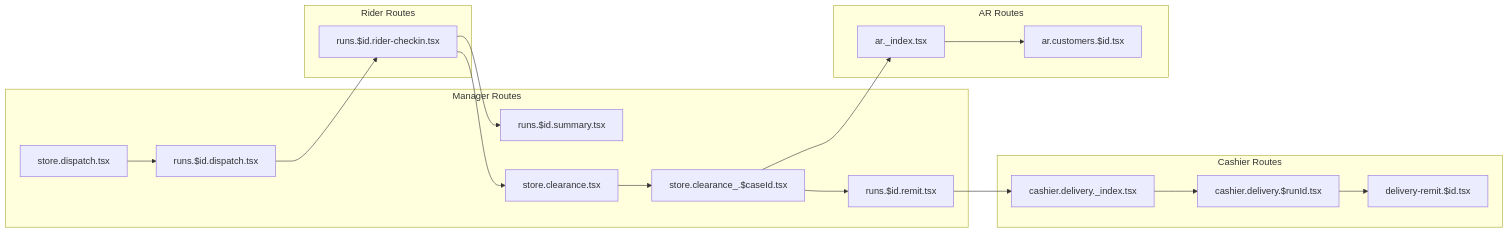
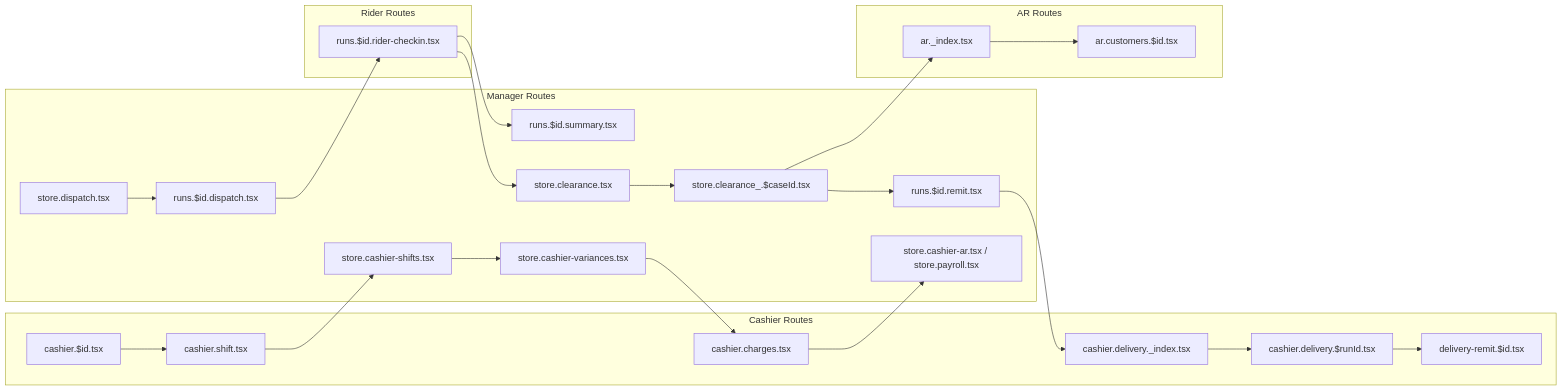
The fourth of 5 diagrams in docs/guide/DIAGRAMS_DELIVERY_CSS_AR.md (helloword214/zmstore-pos), drawn with Mermaid before and after one commit. The commit also changed other lines of this file and 3 other files, not shown here.

Commit message:
docs(cashier-flow): add shift close and variance canonical guide (#15)

````diff
--- a/docs/guide/DIAGRAMS_DELIVERY_CSS_AR.md
+++ b/docs/guide/DIAGRAMS_DELIVERY_CSS_AR.md
@@ -79,31 +85,38 @@
 ```mermaid
 flowchart LR
     subgraph Manager["Manager Routes"]
         M0["store.dispatch.tsx"]
         M1["runs.$id.dispatch.tsx"]
         M2["runs.$id.summary.tsx"]
         M3["store.clearance.tsx"]
         M4["store.clearance_.$caseId.tsx"]
         M5["runs.$id.remit.tsx"]
+        M6["store.cashier-shifts.tsx"]
+        M7["store.cashier-variances.tsx"]
+        M8["store.cashier-ar.tsx / store.payroll.tsx"]
     end
 
     subgraph Rider["Rider Routes"]
         R1["runs.$id.rider-checkin.tsx"]
     end
 
     subgraph Cashier["Cashier Routes"]
         C1["cashier.delivery._index.tsx"]
         C2["cashier.delivery.$runId.tsx"]
         C3["delivery-remit.$id.tsx"]
+        C4["cashier.$id.tsx"]
+        C5["cashier.shift.tsx"]
+        C6["cashier.charges.tsx"]
     end
 
     subgraph AR["AR Routes"]
         A1["ar._index.tsx"]
         A2["ar.customers.$id.tsx"]
     end
 
     M0 --> M1 --> R1 --> M2
     R1 --> M3 --> M4 --> M5
     M5 --> C1 --> C2 --> C3
+    C4 --> C5 --> M6 --> M7 --> C6 --> M8
     M4 --> A1 --> A2
 ```
````
